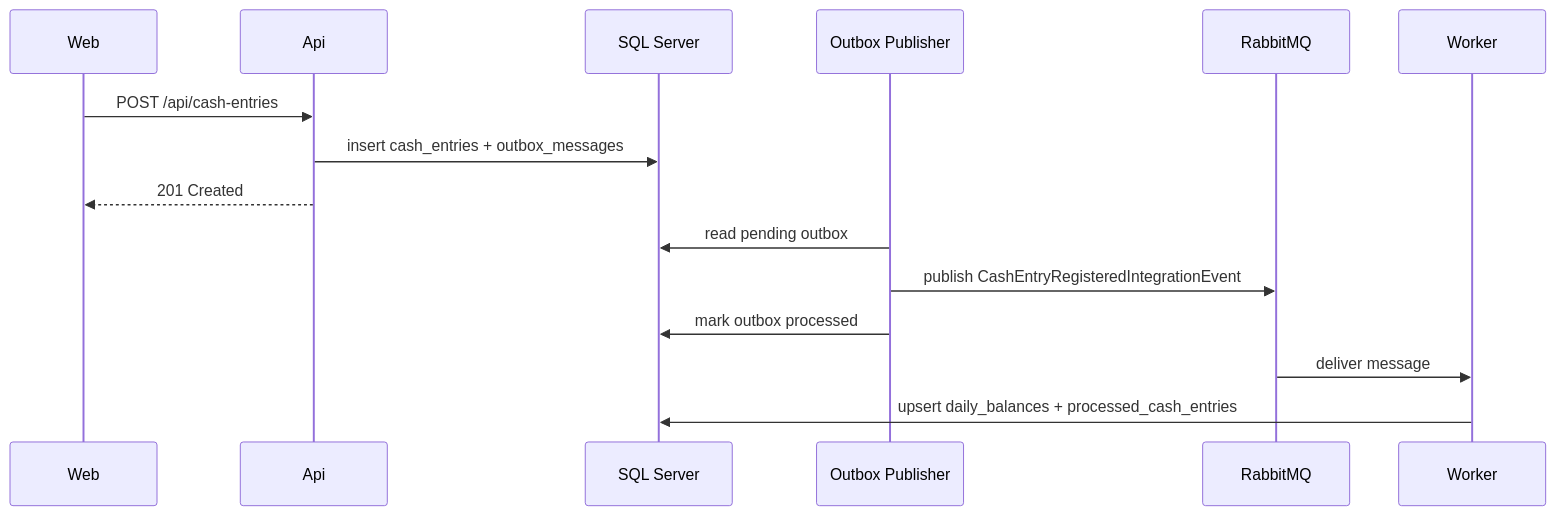
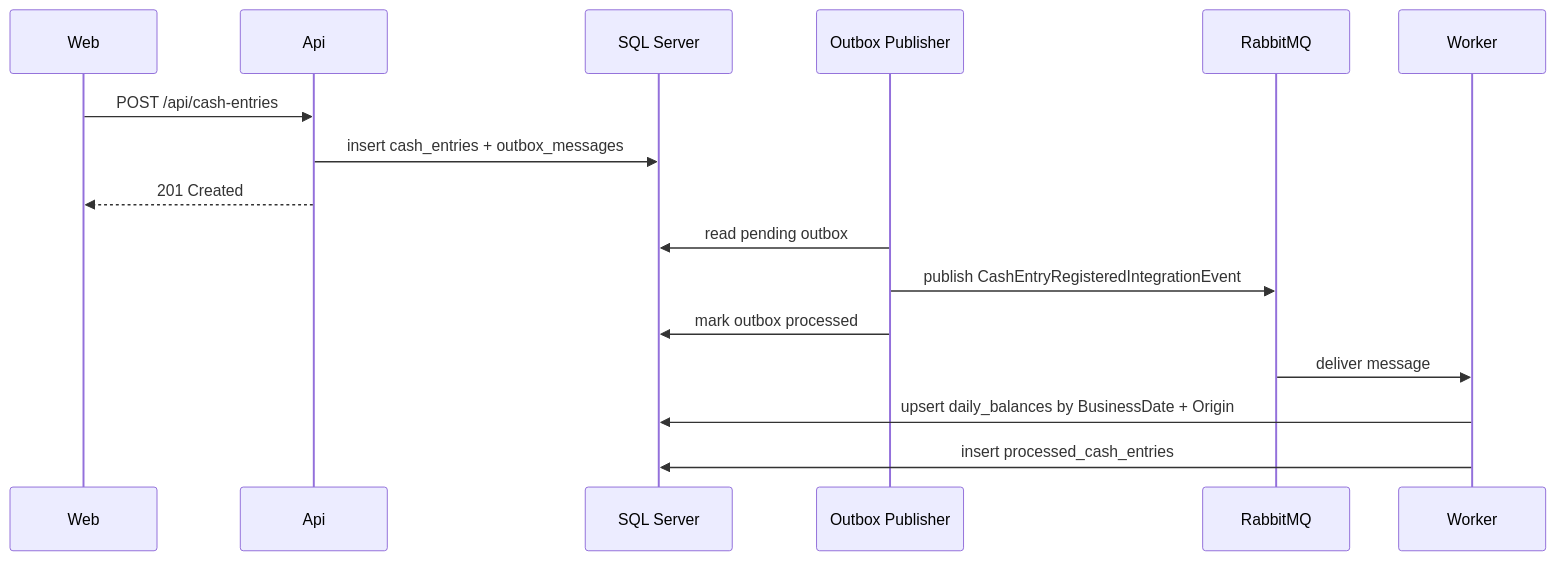
The third of 5 diagrams in docs/architecture.md (IsmaelPires/rox-technical-challenge), drawn with Mermaid before and after one commit. The commit also changed other lines of this file and 54 other files, not shown here.

First line of the commit message:
Add business validation and origin segregation

````diff
--- a/docs/architecture.md
+++ b/docs/architecture.md
@@ -33,18 +35,19 @@
 ```mermaid
 sequenceDiagram
   participant Web
   participant Api
   participant Sql as SQL Server
   participant Pub as Outbox Publisher
   participant Rabbit as RabbitMQ
   participant Worker
 
   Web->>Api: POST /api/cash-entries
   Api->>Sql: insert cash_entries + outbox_messages
   Api-->>Web: 201 Created
   Pub->>Sql: read pending outbox
   Pub->>Rabbit: publish CashEntryRegisteredIntegrationEvent
   Pub->>Sql: mark outbox processed
   Rabbit->>Worker: deliver message
-  Worker->>Sql: upsert daily_balances + processed_cash_entries
+  Worker->>Sql: upsert daily_balances by BusinessDate + Origin
+  Worker->>Sql: insert processed_cash_entries
 ```
````
